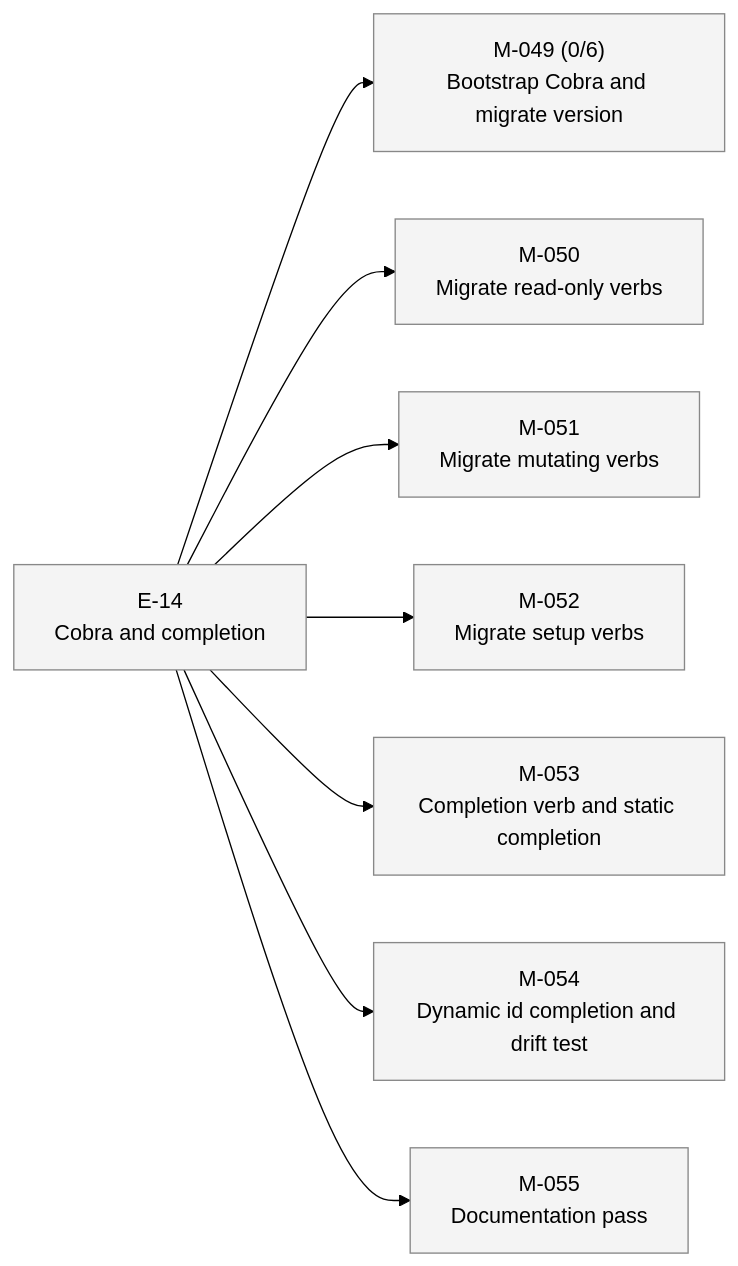
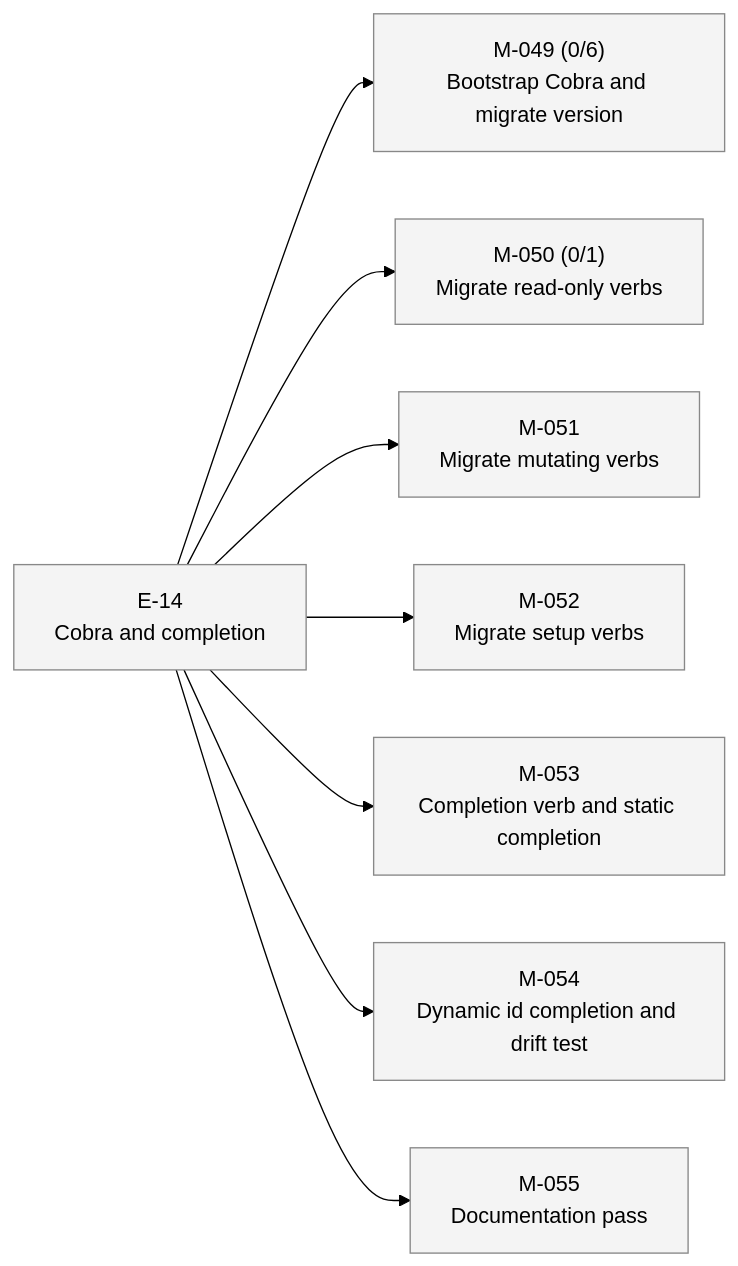
Before and after one commit to 23min/aiwf: the second of 2 diagrams in STATUS.md, drawn with Mermaid (forest theme). The commit also changed other lines of this file and 1 other file, not shown here.

First line of the commit message:
aiwf add ac M-050/AC-1 "check, history, doctor, schema, template, render migrated to Cobra"

````diff
--- a/STATUS.md
+++ b/STATUS.md
@@ -38,24 +38,24 @@
 ```mermaid
 flowchart LR
   E_14["E-14<br/>Cobra and completion"]:::epic_proposed
   M_049["M-049 (0/6)<br/>Bootstrap Cobra and migrate version"]:::ms_draft
   E_14 --> M_049
-  M_050["M-050<br/>Migrate read-only verbs"]:::ms_draft
+  M_050["M-050 (0/1)<br/>Migrate read-only verbs"]:::ms_draft
   E_14 --> M_050
   M_051["M-051<br/>Migrate mutating verbs"]:::ms_draft
   E_14 --> M_051
   M_052["M-052<br/>Migrate setup verbs"]:::ms_draft
   E_14 --> M_052
   M_053["M-053<br/>Completion verb and static completion"]:::ms_draft
   E_14 --> M_053
   M_054["M-054<br/>Dynamic id completion and drift test"]:::ms_draft
   E_14 --> M_054
   M_055["M-055<br/>Documentation pass"]:::ms_draft
   E_14 --> M_055
   classDef epic_active fill:#d6eaff,stroke:#1a73e8,color:#000
   classDef epic_proposed fill:#f4f4f4,stroke:#888,color:#000
   classDef ms_done fill:#d8f5d8,stroke:#2a8a2a,color:#000
   classDef ms_in_progress fill:#fff3c4,stroke:#caa400,color:#000
   classDef ms_draft fill:#f4f4f4,stroke:#888,color:#000
   classDef ms_cancelled fill:#fbeaea,stroke:#c33,color:#000
 ```
````
